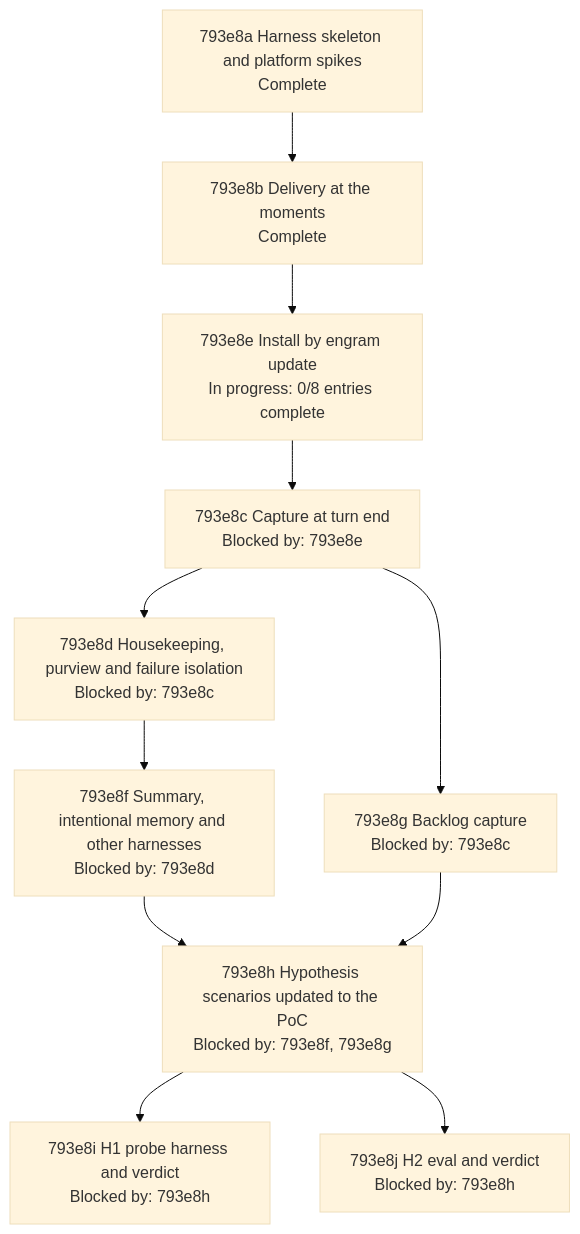
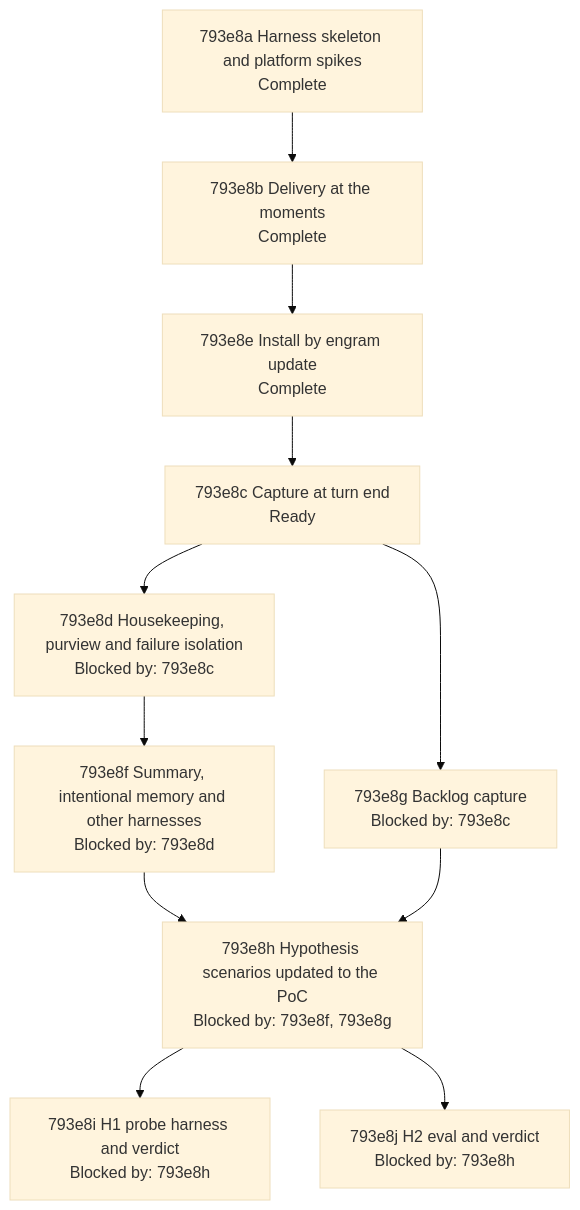
The diagram in docs/changes/793_parallel-memory-agent/793e_implementation-plan.md (toejough/engram), drawn with Mermaid (base theme) before and after one commit. The commit also changed other lines of this file and 1 other file, not shown here.

First line of the commit message:
docs(793e8e): install scenarios Green-all, node complete

````diff
--- a/docs/changes/793_parallel-memory-agent/793e_implementation-plan.md
+++ b/docs/changes/793_parallel-memory-agent/793e_implementation-plan.md
@@ -214,21 +214,21 @@
 ```mermaid
 flowchart TD
   n793e8a["793e8a Harness skeleton and platform spikes<br/>Complete"]
   n793e8b["793e8b Delivery at the moments<br/>Complete"]
-  n793e8e["793e8e Install by engram update<br/>In progress: 0/8 entries complete"]
-  n793e8c["793e8c Capture at turn end<br/>Blocked by: 793e8e"]
+  n793e8e["793e8e Install by engram update<br/>Complete"]
+  n793e8c["793e8c Capture at turn end<br/>Ready"]
   n793e8d["793e8d Housekeeping, purview and failure isolation<br/>Blocked by: 793e8c"]
   n793e8g["793e8g Backlog capture<br/>Blocked by: 793e8c"]
   n793e8f["793e8f Summary, intentional memory and other harnesses<br/>Blocked by: 793e8d"]
   n793e8h["793e8h Hypothesis scenarios updated to the PoC<br/>Blocked by: 793e8f, 793e8g"]
   n793e8i["793e8i H1 probe harness and verdict<br/>Blocked by: 793e8h"]
   n793e8j["793e8j H2 eval and verdict<br/>Blocked by: 793e8h"]
   n793e8a --> n793e8b --> n793e8e --> n793e8c
   n793e8c --> n793e8d
   n793e8c --> n793e8g
   n793e8d --> n793e8f
   n793e8f --> n793e8h
   n793e8g --> n793e8h
   n793e8h --> n793e8i
   n793e8h --> n793e8j
 ```
````
